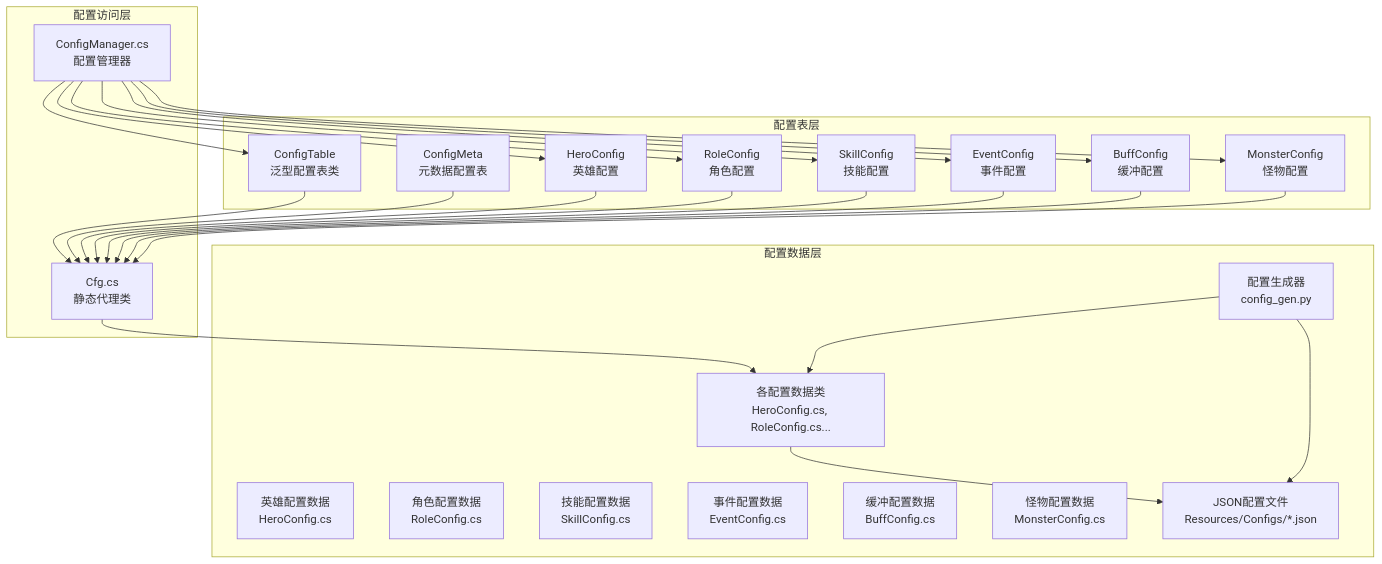
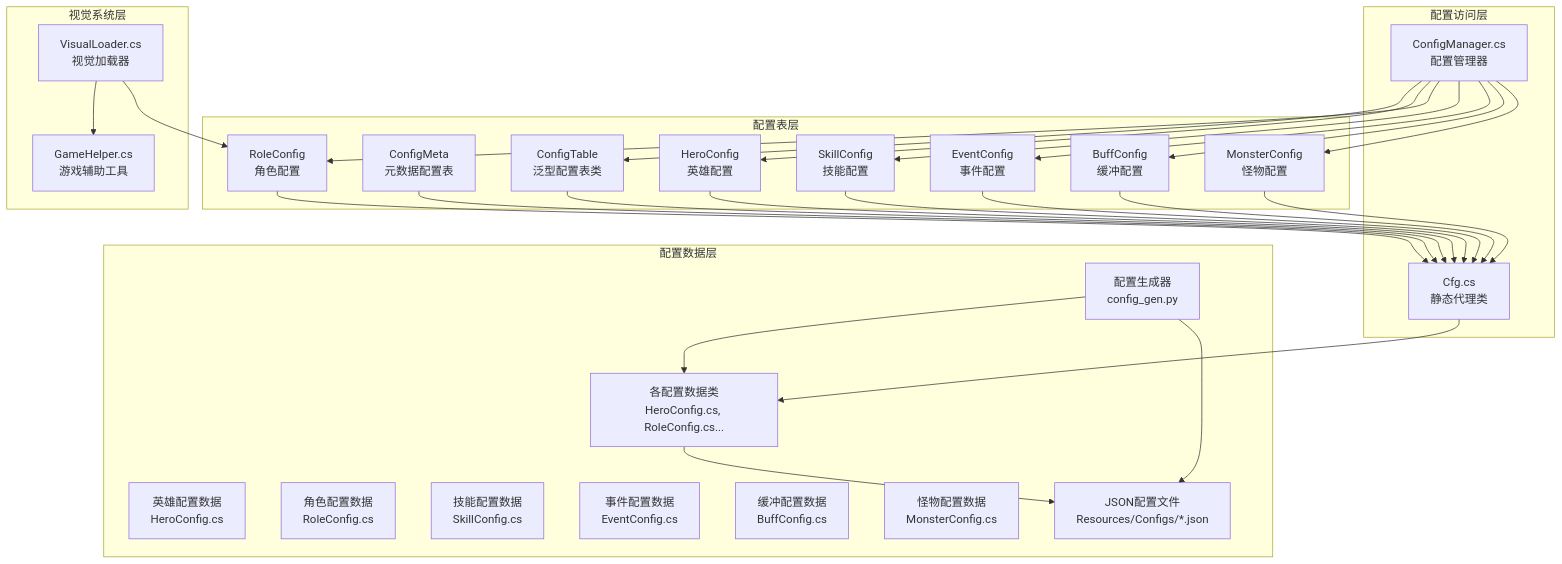
Before and after one commit to Tuusen/p1_client: the first of 4 diagrams in .qoder/repowiki/zh/content/配置管理系统/配置管理系统.md, drawn with Mermaid. The commit also changed other lines of this file and 5 other files, not shown here.

````diff
--- a/.qoder/repowiki/zh/content/配置管理系统/配置管理系统.md
+++ b/.qoder/repowiki/zh/content/配置管理系统/配置管理系统.md
@@ -70,47 +75,53 @@
 ```mermaid
 graph TB
 subgraph "配置表层"
 CT["ConfigTable<TItem, TMeta><br/>泛型配置表类"]
 CM["ConfigMeta<TMeta><br/>元数据配置表"]
 HC["HeroConfig<br/>英雄配置"]
 RC["RoleConfig<br/>角色配置"]
 SC["SkillConfig<br/>技能配置"]
 EC["EventConfig<br/>事件配置"]
 BC["BuffConfig<br/>缓冲配置"]
 MC["MonsterConfig<br/>怪物配置"]
 end
 subgraph "配置访问层"
 CFG["Cfg.cs<br/>静态代理类"]
 CMGR["ConfigManager.cs<br/>配置管理器"]
 end
 subgraph "配置数据层"
 DATA["各配置数据类<br/>HeroConfig.cs, RoleConfig.cs..."]
 HERO_DATA["英雄配置数据<br/>HeroConfig.cs"]
 ROLE_DATA["角色配置数据<br/>RoleConfig.cs"]
 SKILL_DATA["技能配置数据<br/>SkillConfig.cs"]
 EVENT_DATA["事件配置数据<br/>EventConfig.cs"]
 BUFF_DATA["缓冲配置数据<br/>BuffConfig.cs"]
 MONSTER_DATA["怪物配置数据<br/>MonsterConfig.cs"]
 JSON["JSON配置文件<br/>Resources/Configs/*.json"]
 GEN["配置生成器<br/>config_gen.py"]
 end
+subgraph "视觉系统层"
+VL["VisualLoader.cs<br/>视觉加载器"]
+GH["GameHelper.cs<br/>游戏辅助工具"]
+end
 CT --> CFG
 CM --> CFG
 HC --> CFG
 RC --> CFG
 SC --> CFG
 EC --> CFG
 BC --> CFG
 MC --> CFG
 CMGR --> CT
 CMGR --> HC
 CMGR --> RC
 CMGR --> SC
 CMGR --> EC
 CMGR --> BC
 CMGR --> MC
 CFG --> DATA
 DATA --> JSON
 GEN --> DATA
 GEN --> JSON
+VL --> GH
+VL --> RC
 ```
````
